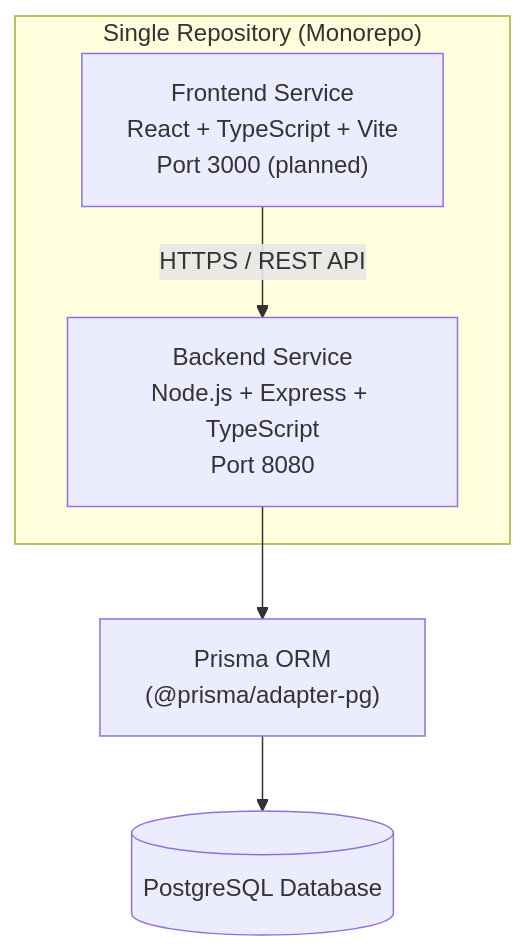
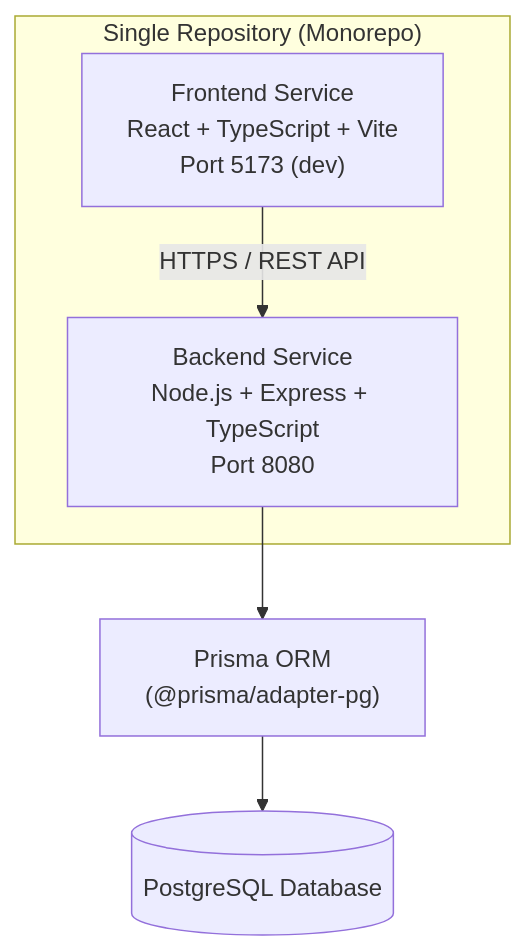
One commit to bittukumarthakur/acme-salary-management-system changed the first of 2 diagrams in docs/architecture.md. Above: the diagram before and after it, drawn with Mermaid. The commit also changed other lines of this file and 16 other files, not shown here.

````diff
--- a/docs/architecture.md
+++ b/docs/architecture.md
@@ -5,11 +5,11 @@
 ```mermaid
 flowchart TB
     subgraph Monorepo["Single Repository (Monorepo)"]
-        FE["Frontend Service<br/>React + TypeScript + Vite<br/>Port 3000 (planned)"]
+    FE["Frontend Service<br/>React + TypeScript + Vite<br/>Port 5173 (dev)"]
         BE["Backend Service<br/>Node.js + Express + TypeScript<br/>Port 8080"]
     end
 
     FE -->|"HTTPS / REST API"| BE
     BE --> PRISMA["Prisma ORM<br/>(@prisma/adapter-pg)"]
     PRISMA --> DB[("PostgreSQL Database")]
 ```
````
